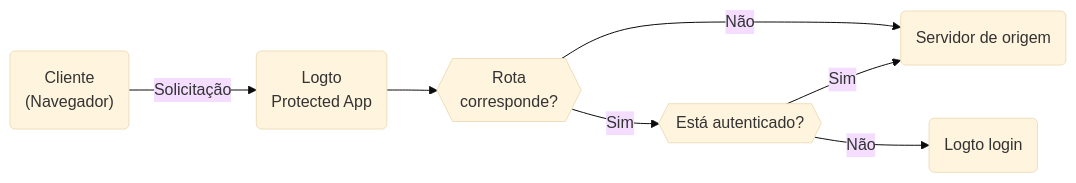
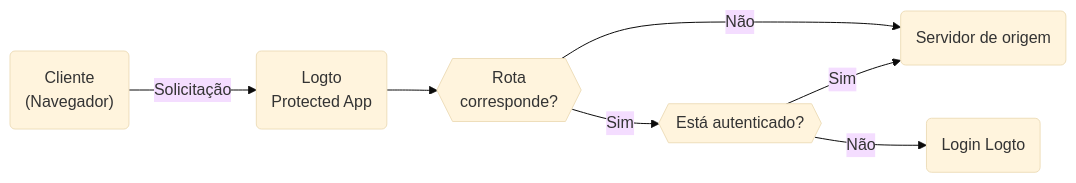
Before and after one commit to logto-io/docs: the diagram in i18n/pt-BR/docusaurus-plugin-content-docs/current/integrate-logto/protected-app.mdx, drawn with Mermaid (base theme). The commit also changed other lines of this file and 53 other files, not shown here.

````diff
--- a/i18n/pt-BR/docusaurus-plugin-content-docs/current/integrate-logto/protected-app.mdx
+++ b/i18n/pt-BR/docusaurus-plugin-content-docs/current/integrate-logto/protected-app.mdx
@@ -19,9 +19,9 @@
 ```mermaid
 graph LR
   A("Cliente<br/>(Navegador)") -->|Solicitação| B(Logto<br/>Protected App)
   B --> Condition{{Rota<br/>corresponde?}}
   Condition -->|Sim| Matched{{Está autenticado?}}
   Matched -->|Sim| C(Servidor de origem)
-  Matched -->|Não| D(Logto login)
+  Matched -->|Não| D(Login Logto)
   Condition -->|Não| C
 ```
````
